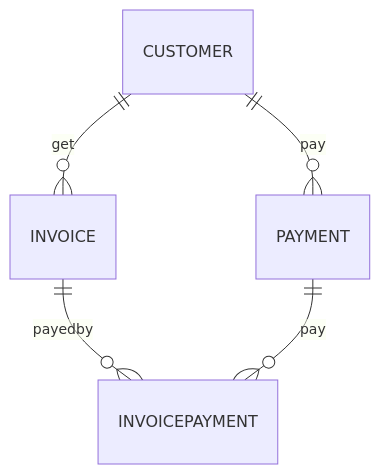
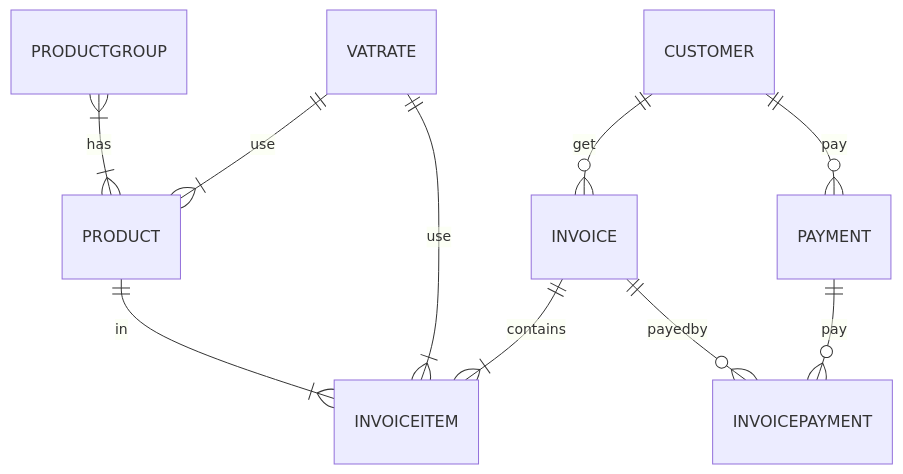
The second of 2 diagrams in ReadMe.md (kashiash/Invoice), drawn with Mermaid before and after one commit. The commit also changed other lines of this file, not shown here.

```diff
--- a/ReadMe.md
+++ b/ReadMe.md
@@ -1165,8 +1164,14 @@
 <div class="mermaid">
     erDiagram
       CUSTOMER ||--o{ INVOICE : get
+      INVOICE ||--|{ INVOICEITEM : contains
+     
+      PRODUCT ||--|{ INVOICEITEM : in
+      VATRATE ||--|{ PRODUCT : use
+      VATRATE ||--|{ INVOICEITEM : use
+      PRODUCTGROUP }|--|{ PRODUCT : has
       CUSTOMER ||--o{ PAYMENT : pay
       INVOICE ||--o{ INVOICEPAYMENT : payedby
       PAYMENT ||--o{ INVOICEPAYMENT : pay
 
 </div>
```
